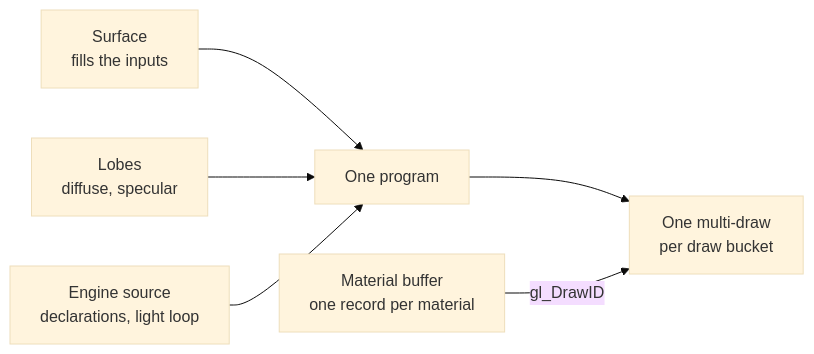
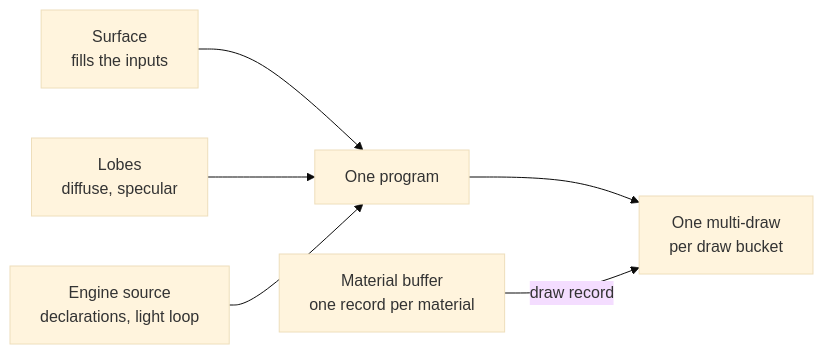
The eighth of 9 diagrams in 04 Design Docs/Systems/Renderer - Design.md (techattackteam/TechEngine-vault), drawn with Mermaid (base theme) before and after one commit. The commit also changed other lines of this file and 11 other files, not shown here.

````diff
--- a/04 Design Docs/Systems/Renderer - Design.md
+++ b/04 Design Docs/Systems/Renderer - Design.md
@@ -412,8 +420,8 @@
 ```mermaid
 flowchart LR
     S["Surface<br/>fills the inputs"] --> P["One program"]
     L["Lobes<br/>diffuse, specular"] --> P
     E["Engine source<br/>declarations, light loop"] --> P
     P --> B["One multi-draw<br/>per draw bucket"]
-    M["Material buffer<br/>one record per material"] -->|"gl_DrawID"| B
+    M["Material buffer<br/>one record per material"] -->|"draw record"| B
 ```
````
